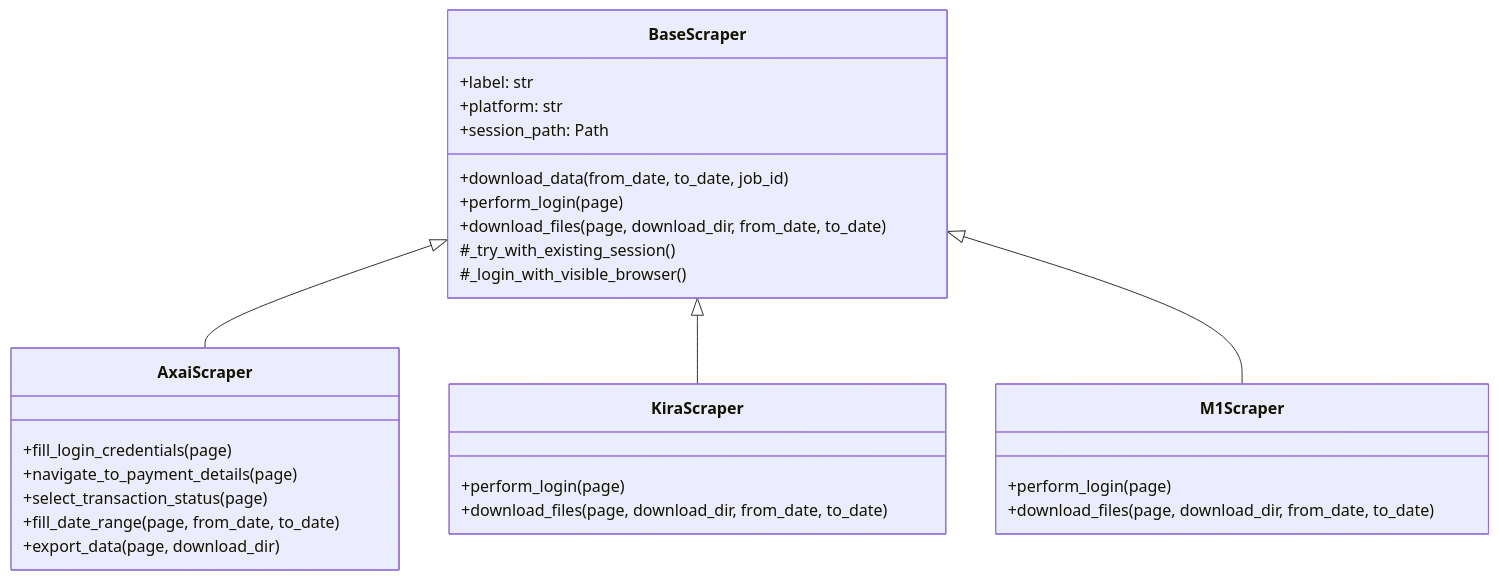
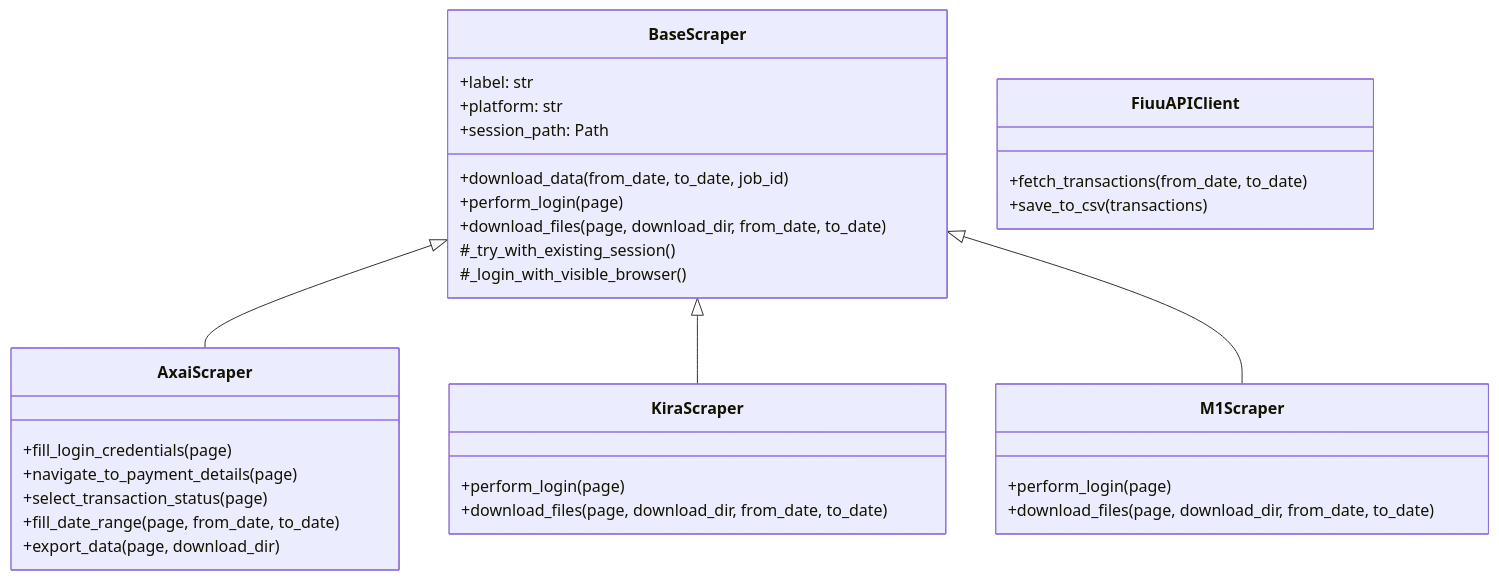
Before and after one commit to nestorzamili/payment-automation: the first of 6 diagrams in docs/scraper-flow.md, drawn with Mermaid. The commit also changed 4 other files, not shown here.

First line of the commit message:
feat(docs): update README and architecture documentation with new features and API endpoints

````diff
--- a/docs/scraper-flow.md
+++ b/docs/scraper-flow.md
@@ -7,35 +7,40 @@
 ```mermaid
 classDiagram
     class BaseScraper {
         +label: str
         +platform: str
         +session_path: Path
         +download_data(from_date, to_date, job_id)
         +perform_login(page)
         +download_files(page, download_dir, from_date, to_date)
         #_try_with_existing_session()
         #_login_with_visible_browser()
     }
 
     class AxaiScraper {
         +fill_login_credentials(page)
         +navigate_to_payment_details(page)
         +select_transaction_status(page)
         +fill_date_range(page, from_date, to_date)
         +export_data(page, download_dir)
     }
 
     class KiraScraper {
         +perform_login(page)
         +download_files(page, download_dir, from_date, to_date)
     }
 
     class M1Scraper {
         +perform_login(page)
         +download_files(page, download_dir, from_date, to_date)
     }
 
+    class FiuuAPIClient {
+        +fetch_transactions(from_date, to_date)
+        +save_to_csv(transactions)
+    }
+
     BaseScraper <|-- AxaiScraper
     BaseScraper <|-- KiraScraper
     BaseScraper <|-- M1Scraper
 ```
````
